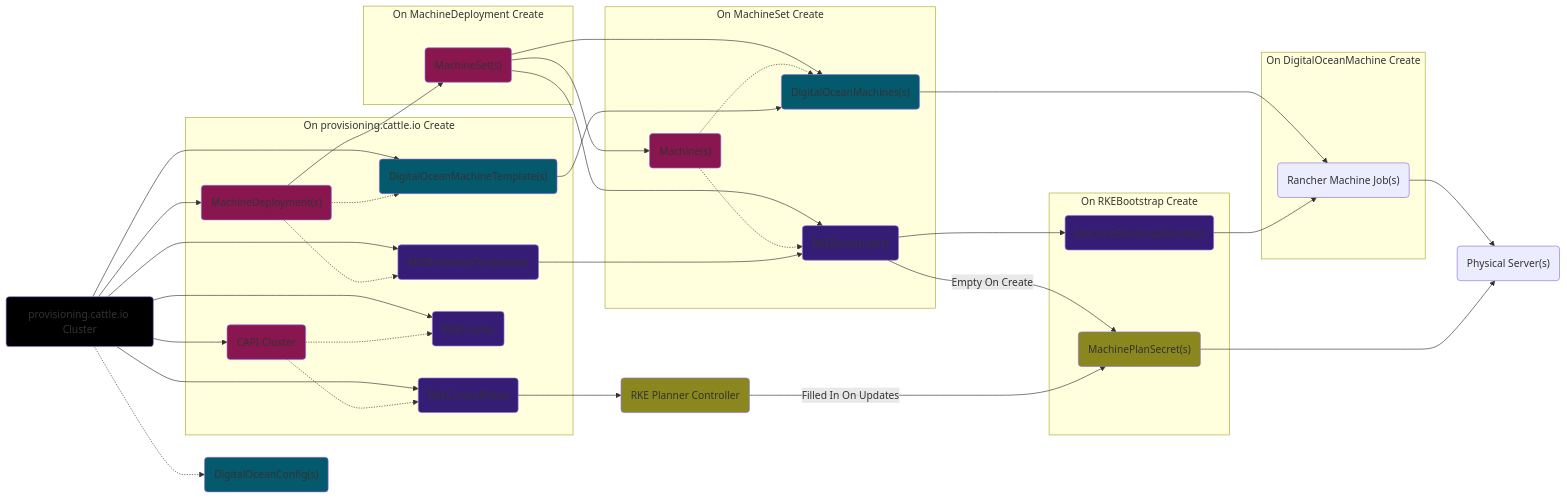
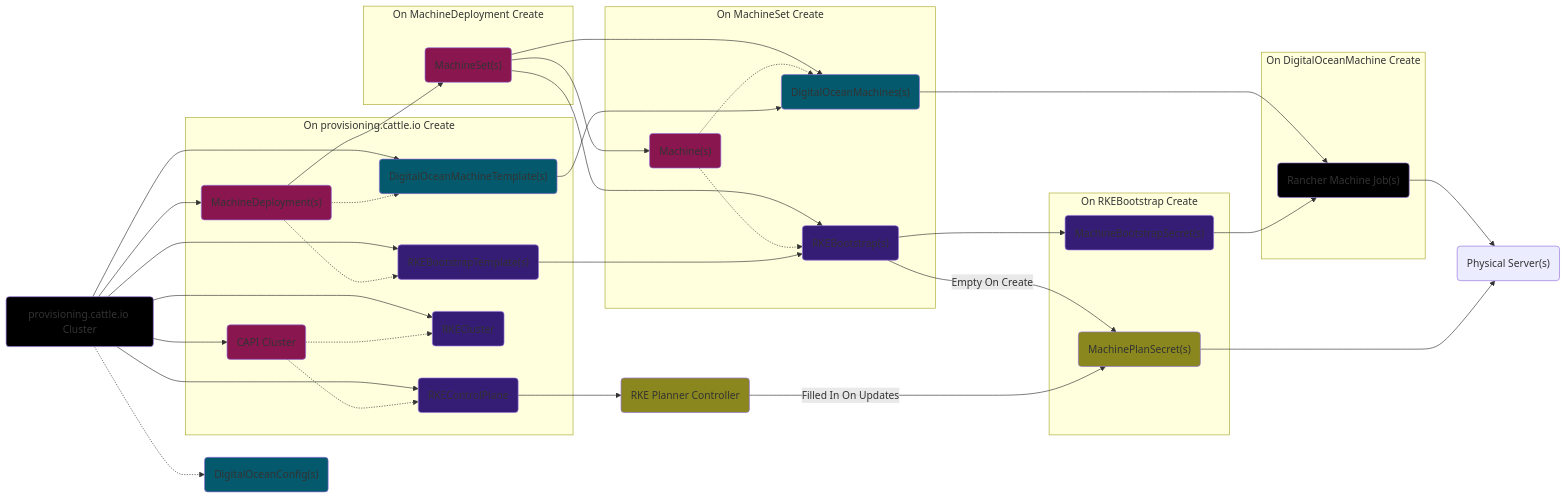
One commit to aiyengar2/k8s-docs changed the first of 4 diagrams in docs/provisioning/walkthrough.md. Above: the diagram before and after it, drawn with Mermaid.

```diff
--- a/docs/provisioning/walkthrough.md
+++ b/docs/provisioning/walkthrough.md
@@ -99,7 +99,7 @@
 
     %%%% DigitalOceanMachine Children
     subgraph On DigitalOceanMachine Create
-    RancherMachineJob("Rancher Machine Job(s)")
+    RancherMachineJob("Rancher Machine Job(s)"):::ProvisioningV2
     end
 
     RKEPlannerController("RKE Planner Controller"):::RKEPlanner
```
